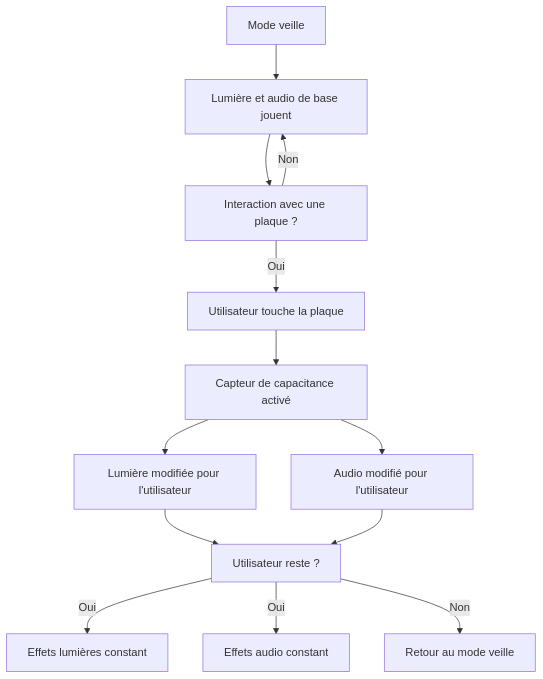
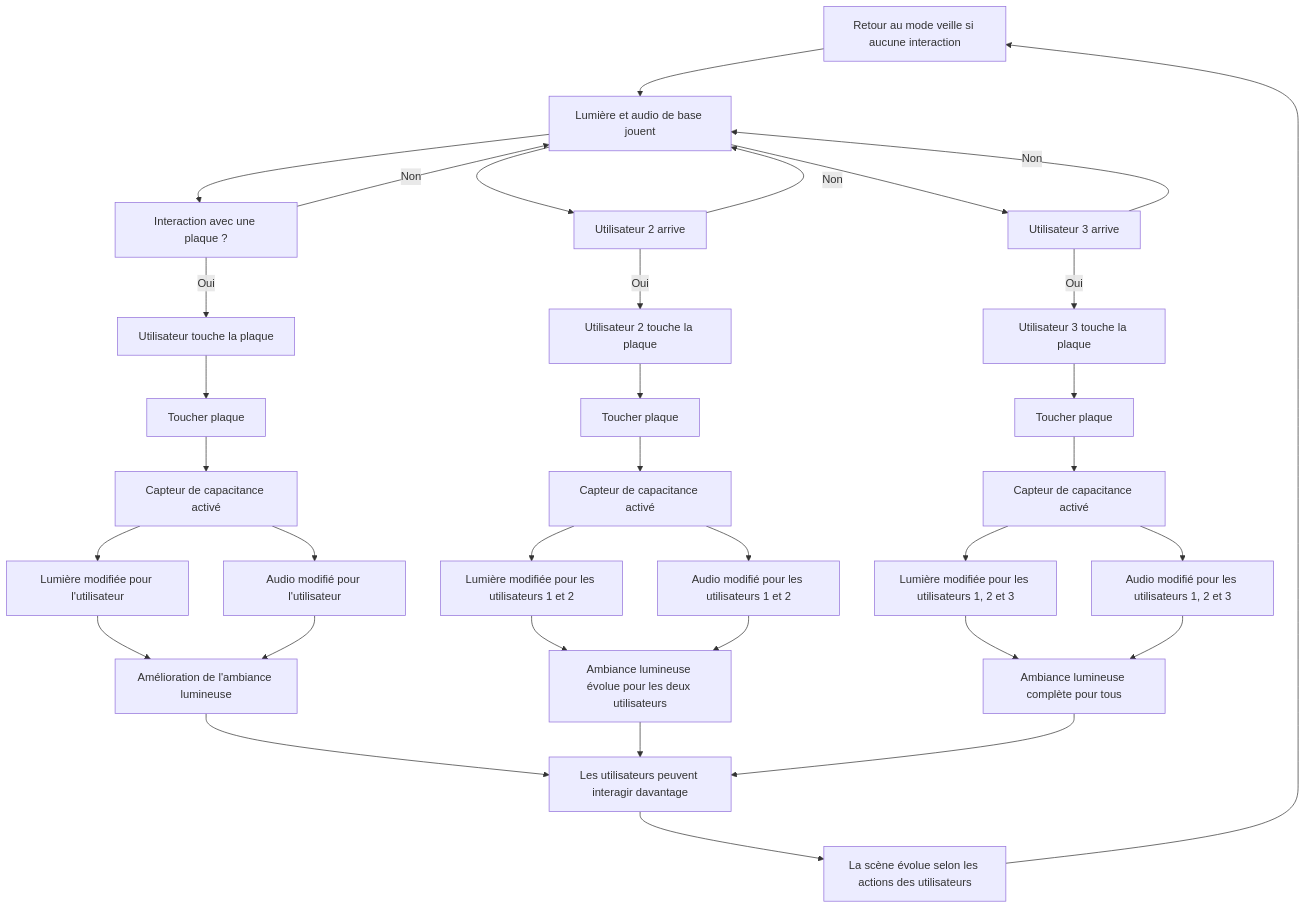
Before and after one commit to Miaou-Mafia/projet-luminatura: the diagram in 20_intention/30_scenario/README.md, drawn with Mermaid. The commit also changed other lines of this file and 10 other files, not shown here.

````diff
--- a/20_intention/30_scenario/README.md
+++ b/20_intention/30_scenario/README.md
@@ -4,21 +4,57 @@
 ```mermaid
 graph TD;
-    ModeVeille[Mode veille] --> AmbianceBase[Lumière et audio de base jouent];
-    AmbianceBase --> Interaction[Interaction avec une plaque ?];
-    
-    Interaction -- Oui --> Plaque1[Utilisateur touche la plaque];
-    Plaque1 --> Capteur1[Capteur de capacitance activé];
-    
-    Capteur1 --> Lumière1[Lumière modifiée pour l'utilisateur];
-    Capteur1 --> Audio1[Audio modifié pour l'utilisateur];
-    
-    Lumière1 --> Reste1[Utilisateur reste ?];
-    Audio1 --> Reste1;
-    
-    Reste1 -- Oui --> PlusEffetsLumière1[Effets lumières constant];
-    Reste1 -- Oui --> PlusEffetsAudio1[Effets audio constant];
-    Reste1 -- Non --> RetourVeille[Retour au mode veille];
-    
+
+    %% Etape 1 : Mode veille avec ambiance de base
+    ModeVeille[Mode veille] --> AmbianceBase[Lumière et audio de base jouent]
+    AmbianceBase --> Interaction[Interaction avec une plaque ?]
+
+    %% Utilisateur 1 : Si l'utilisateur interagit avec la plaque
+    Interaction -- Oui --> Plaque1[Utilisateur touche la plaque]
+    Plaque1 --> ActionPlaque1[Toucher plaque]
+    ActionPlaque1 --> Capteur1[Capteur de capacitance activé]
+    Capteur1 --> Lumière1[Lumière modifiée pour l'utilisateur]
+    Capteur1 --> Audio1[Audio modifié pour l'utilisateur]
+    Lumière1 --> Progression1[Amélioration de l'ambiance lumineuse]
+    Audio1 --> Progression1
+
+    %% Retour à l'ambiance de base si l'utilisateur ne touche pas la plaque
     Interaction -- Non --> AmbianceBase;
 
+    %% Extension pour les utilisateurs suivants
+    %% Utilisateur 2 : Si l'utilisateur 2 interagit avec la plaque
+    AmbianceBase --> Interaction2[Utilisateur 2 arrive]
+    Interaction2 -- Oui --> Plaque2[Utilisateur 2 touche la plaque]
+    Plaque2 --> ActionPlaque2[Toucher plaque]
+    ActionPlaque2 --> Capteur2[Capteur de capacitance activé]
+    Capteur2 --> Lumière2[Lumière modifiée pour les utilisateurs 1 et 2]
+    Capteur2 --> Audio2[Audio modifié pour les utilisateurs 1 et 2]
+    Lumière2 --> Progression2[Ambiance lumineuse évolue pour les deux utilisateurs]
+    Audio2 --> Progression2
+
+    %% Retour à l'ambiance de base si l'utilisateur 2 ne touche pas la plaque
+    Interaction2 -- Non --> AmbianceBase;
+
+    %% Utilisateur 3 : Si l'utilisateur 3 interagit avec la plaque
+    AmbianceBase --> Interaction3[Utilisateur 3 arrive]
+    Interaction3 -- Oui --> Plaque3[Utilisateur 3 touche la plaque]
+    Plaque3 --> ActionPlaque3[Toucher plaque]
+    ActionPlaque3 --> Capteur3[Capteur de capacitance activé]
+    Capteur3 --> Lumière3[Lumière modifiée pour les utilisateurs 1, 2 et 3]
+    Capteur3 --> Audio3[Audio modifié pour les utilisateurs 1, 2 et 3]
+    Lumière3 --> Progression3[Ambiance lumineuse complète pour tous]
+    Audio3 --> Progression3
+
+    %% Retour à l'ambiance de base si l'utilisateur 3 ne touche pas la plaque
+    Interaction3 -- Non --> AmbianceBase;
+
+    %% Actions émergentes
+    Progression1 --> InteractionActive[Les utilisateurs peuvent interagir davantage]
+    Progression2 --> InteractionActive
+    Progression3 --> InteractionActive
+
+    %% Faire progresser l'expérience
+    InteractionActive --> NouvelleExpérience[La scène évolue selon les actions des utilisateurs]
+    NouvelleExpérience --> ModeVeille[Retour au mode veille si aucune interaction]
+
+
 ```
````
